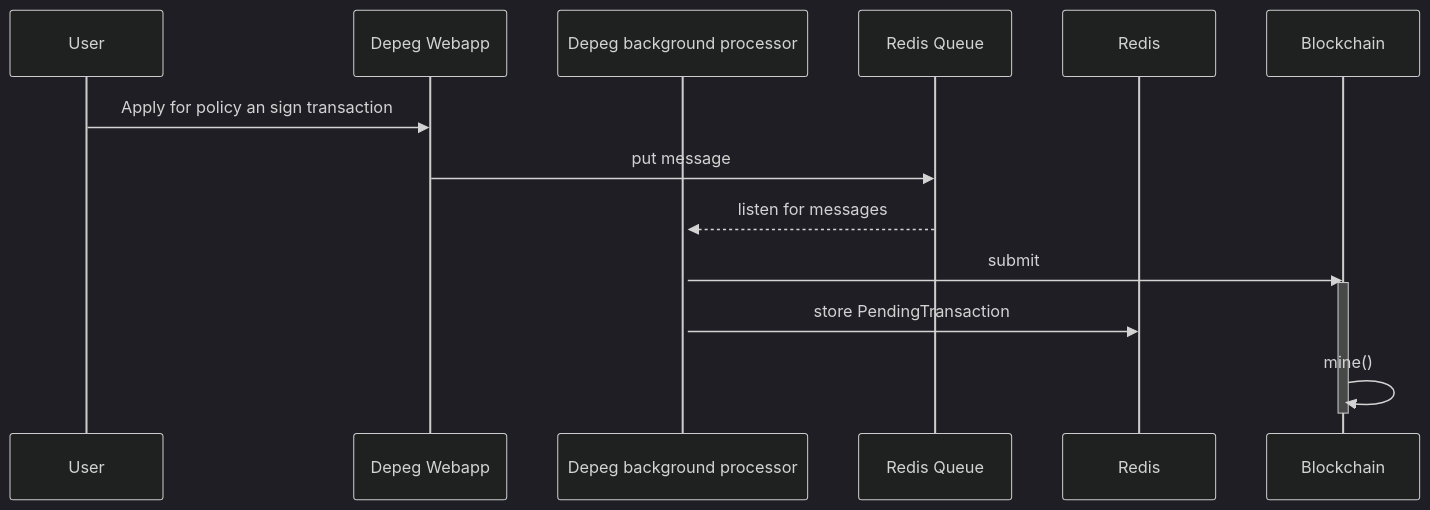
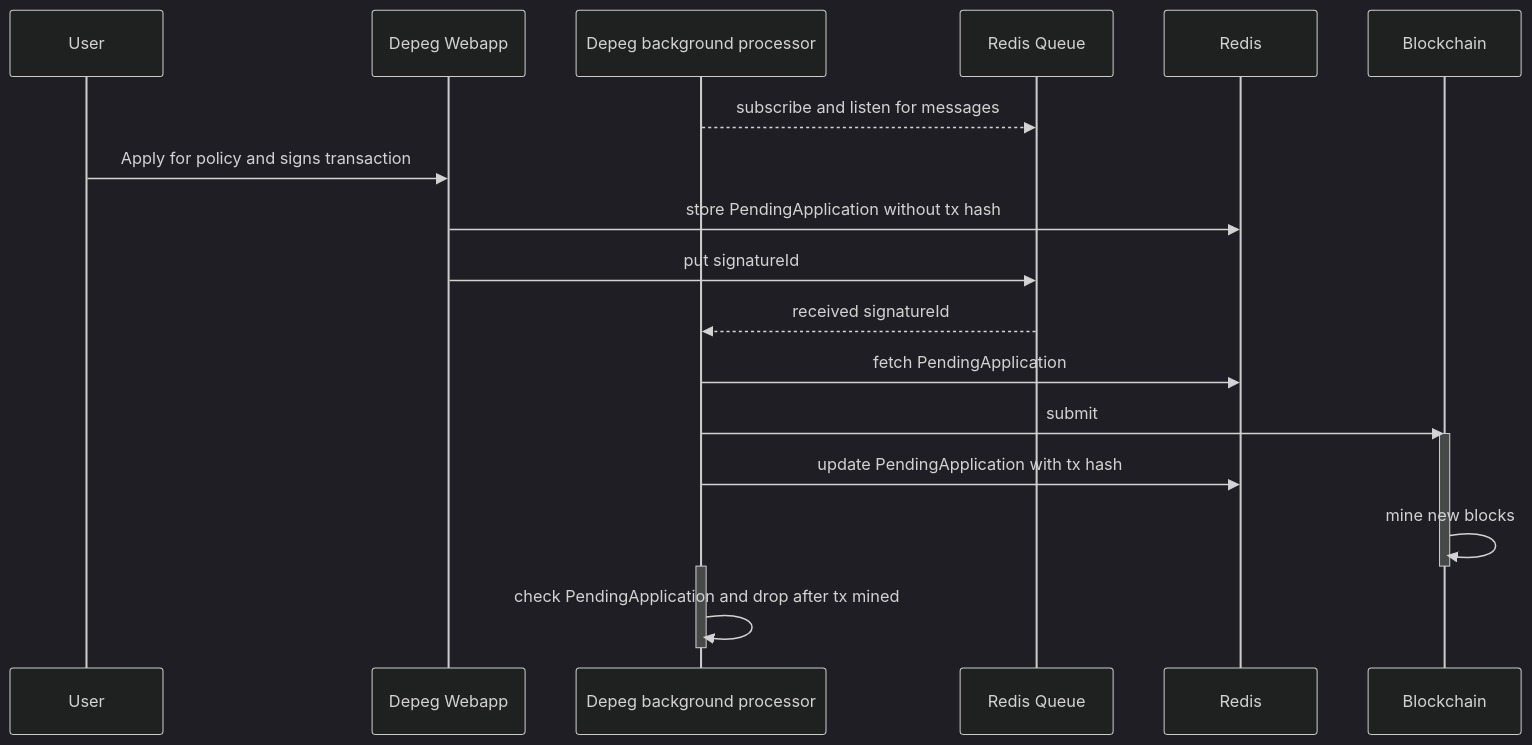
One commit to etherisc/depeg-ui changed the diagram in docs/gasless_application.md. Above: the diagram before and after it, drawn with Mermaid (dark theme). The commit also changed 4 other files, not shown here.

Commit message:
store PendingApplication before notifying queue (#442)

````diff
--- a/docs/gasless_application.md
+++ b/docs/gasless_application.md
@@ -5,18 +5,24 @@
 ```mermaid
 sequenceDiagram
     participant U as User
     participant D as Depeg Webapp
     participant BG as Depeg background processor
     participant RQ as Redis Queue
     participant R as Redis
     participant C as Blockchain
     
-    U ->> D: Apply for policy an sign transaction
-    D ->> RQ: put message
-    RQ -->> +BG: listen for messages
+    BG -->> RQ: subscribe and listen for messages
+    U ->> D: Apply for policy and signs transaction
+    D ->> R: store PendingApplication without tx hash
+    D ->> RQ: put signatureId
+    RQ -->> BG: received signatureId
+    BG ->> R: fetch PendingApplication
     BG ->> C: submit
     activate C
-    BG ->> R: store PendingTransaction
-    C ->> C: mine()
+    BG ->> R: update PendingApplication with tx hash
+    C ->> C: mine new blocks
     deactivate C
+    activate BG
+    BG ->> BG: check PendingApplication and drop after tx mined
+    deactivate BG
 ```
````
